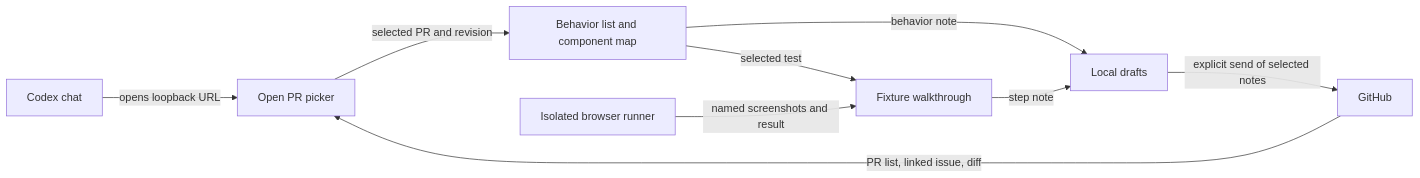
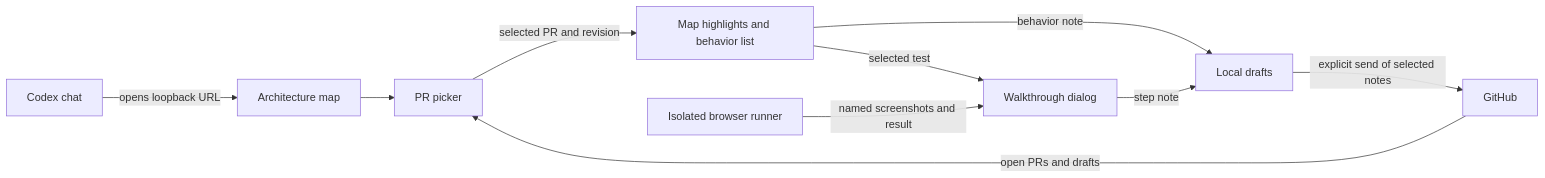
Before and after one commit to lycho33/Terminology: the diagram in docs/skill-graph/visual-pr-reviewer.md, drawn with Mermaid. The commit also changed other lines of this file and 7 other files, not shown here.

Commit message:
Open PR review on the architecture map

```diff
--- a/docs/skill-graph/visual-pr-reviewer.md
+++ b/docs/skill-graph/visual-pr-reviewer.md
@@ -22,11 +24,12 @@
 ~~~mermaid
 flowchart LR
-    chat["Codex chat"] -->|"opens loopback URL"| picker["Open PR picker"]
-    github["GitHub"] -->|"PR list, linked issue, diff"| picker
-    picker -->|"selected PR and revision"| view["Behavior list and component map"]
-    view -->|"selected test"| steps["Fixture walkthrough"]
+    chat["Codex chat"] -->|"opens loopback URL"| map["Architecture map"]
+    github["GitHub"] -->|"open PRs and drafts"| picker["PR picker"]
+    map --> picker
+    picker -->|"selected PR and revision"| view["Map highlights and behavior list"]
+    view -->|"selected test"| steps["Walkthrough dialog"]
     runner["Isolated browser runner"] -->|"named screenshots and result"| steps
     view -->|"behavior note"| drafts["Local drafts"]
     steps -->|"step note"| drafts
     drafts -->|"explicit send of selected notes"| github
 ~~~
```
